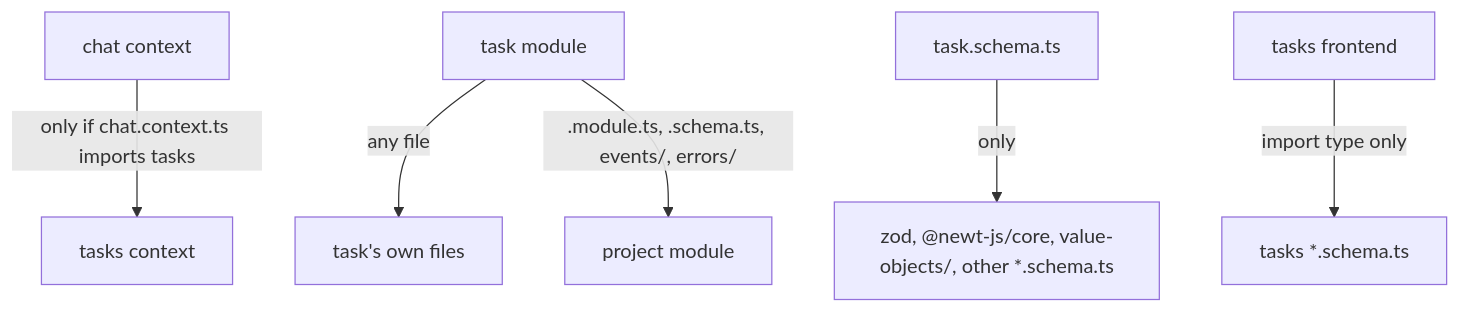
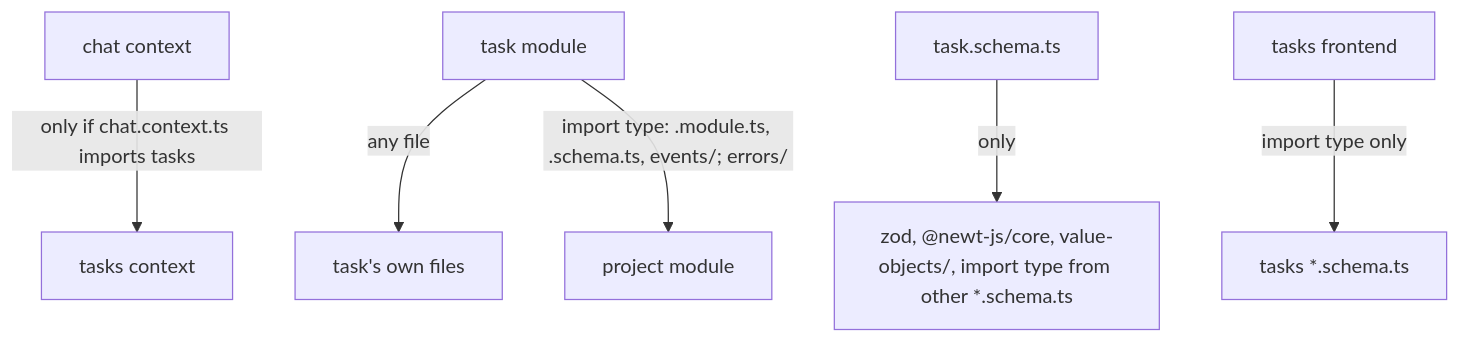
The diagram in web/src/content/docs/reference/lint.md (newt-js/newt), drawn with Mermaid before and after one commit. The commit also changed other lines of this file and 20 other files, not shown here.

First line of the commit message:
feat(lint): a module reaches another only through its API

````diff
--- a/web/src/content/docs/reference/lint.md
+++ b/web/src/content/docs/reference/lint.md
@@ -70,8 +70,8 @@
 ```mermaid
 flowchart TD
   chat["chat context"] -->|"only if chat.context.ts imports tasks"| tasks["tasks context"]
   task["task module"] -->|"any file"| own["task's own files"]
-  task -->|".module.ts, .schema.ts, events/, errors/"| project["project module"]
-  schema["task.schema.ts"] -->|"only"| deps["zod, @newt-js/core, value-objects/, other *.schema.ts"]
+  task -->|"import type: .module.ts, .schema.ts, events/; errors/"| project["project module"]
+  schema["task.schema.ts"] -->|"only"| deps["zod, @newt-js/core, value-objects/, import type from other *.schema.ts"]
   frontend["tasks frontend"] -->|"import type only"| schemas["tasks *.schema.ts"]
 ```
````
